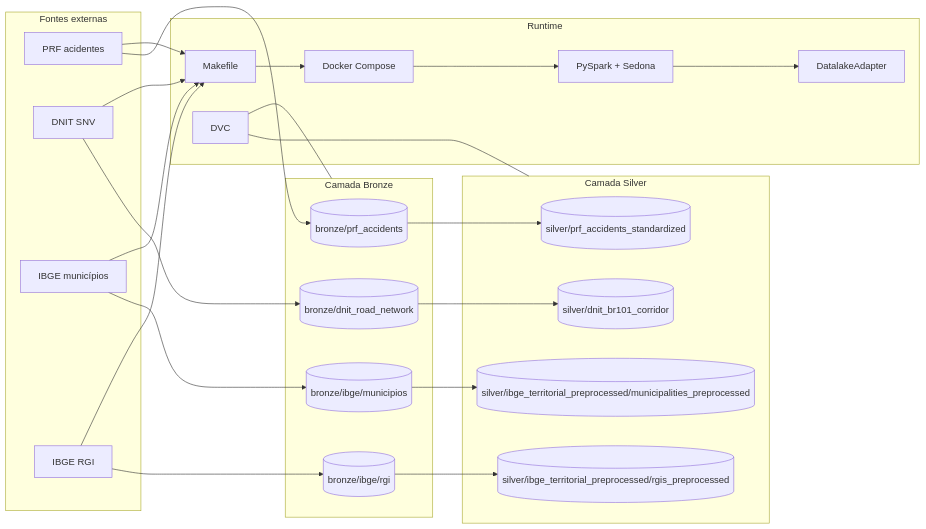
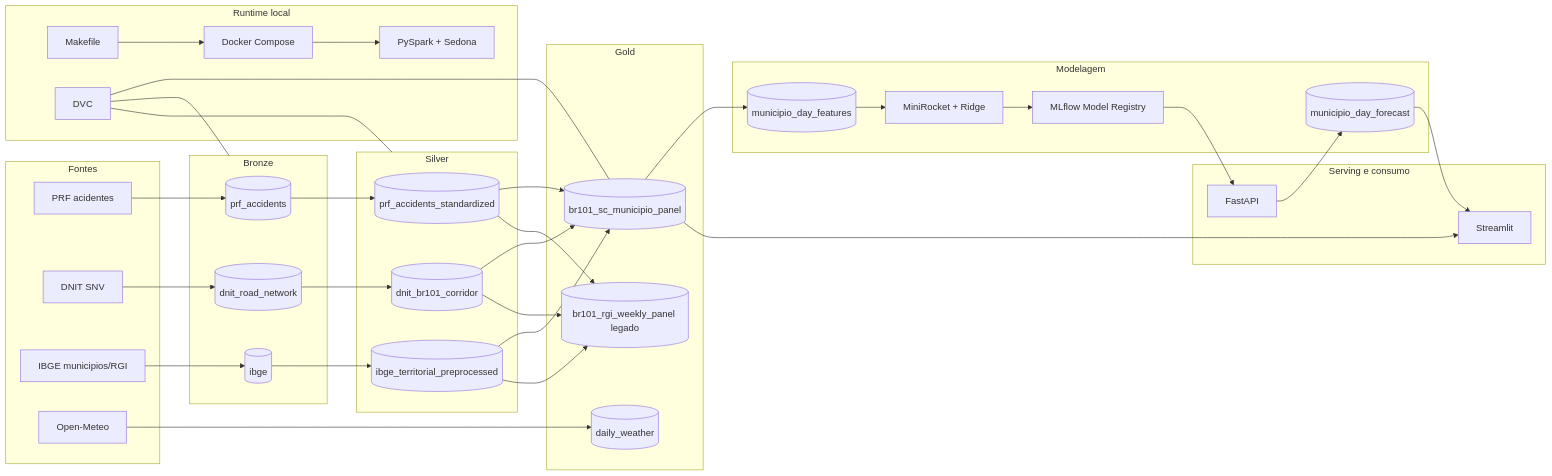
Before and after one commit to alwolmer/radar-prf-101: the diagram in documentation/br101-architecture.md, drawn with Mermaid. The commit also changed other lines of this file and 1 other file, not shown here.

Commit message:
docs: update readme and architecture docs to align with implementation

````diff
--- a/documentation/br101-architecture.md
+++ b/documentation/br101-architecture.md
@@ -9,46 +11,66 @@
 ```mermaid
 flowchart LR
-    subgraph Sources[Fontes externas]
+    subgraph Runtime[Runtime local]
+        MAKE[Makefile]
+        COMPOSE[Docker Compose]
+        SPARK[PySpark + Sedona]
+        DVC[DVC]
+    end
+
+    subgraph Sources[Fontes]
         PRF[PRF acidentes]
         DNIT[DNIT SNV]
-        IBGEM[IBGE municípios]
-        IBGER[IBGE RGI]
+        IBGE[IBGE municipios/RGI]
+        OM[Open-Meteo]
     end
 
-    subgraph Runtime[Runtime]
-        MAKE[Makefile]
-        DOCKER[Docker Compose]
-        SPARK[PySpark + Sedona]
-        DVC[DVC]
-        DL[DatalakeAdapter]
+    subgraph Bronze[Bronze]
+        PRFB[(prf_accidents)]
+        DNITB[(dnit_road_network)]
+        IBGEB[(ibge)]
     end
 
-    subgraph Bronze[Camada Bronze]
-        PRFB[(bronze/prf_accidents)]
-        DNITB[(bronze/dnit_road_network)]
-        MUNB[(bronze/ibge/municipios)]
-        RGIB[(bronze/ibge/rgi)]
+    subgraph Silver[Silver]
+        PRFS[(prf_accidents_standardized)]
+        DNITS[(dnit_br101_corridor)]
+        IBGES[(ibge_territorial_preprocessed)]
     end
 
-    subgraph Silver[Camada Silver]
-        PRFS[(silver/prf_accidents_standardized)]
-        DNITS[(silver/dnit_br101_corridor)]
-        IBGEMS[(silver/ibge_territorial_preprocessed/municipalities_preprocessed)]
-        IBGERS[(silver/ibge_territorial_preprocessed/rgis_preprocessed)]
+    subgraph Gold[Gold]
+        SC[(br101_sc_municipio_panel)]
+        WEATHER[(daily_weather)]
+        RGI[(br101_rgi_weekly_panel legado)]
     end
 
-    PRF --> MAKE
-    DNIT --> MAKE
-    IBGEM --> MAKE
-    IBGER --> MAKE
+    subgraph ML[Modelagem]
+        FEAT[(municipio_day_features)]
+        TRAIN[MiniRocket + Ridge]
+        REG[MLflow Model Registry]
+        FORECAST[(municipio_day_forecast)]
+    end
 
-    MAKE --> DOCKER --> SPARK
-    SPARK --> DL
+    subgraph Serving[Serving e consumo]
+        API[FastAPI]
+        VIZ[Streamlit]
+    end
+
+    MAKE --> COMPOSE
+    COMPOSE --> SPARK
     DVC --- Bronze
     DVC --- Silver
+    DVC --- SC
 
-    PRF --> PRFB --> PRFS
-    DNIT --> DNITB --> DNITS
-    IBGEM --> MUNB --> IBGEMS
-    IBGER --> RGIB --> IBGERS
+    PRF --> PRFB --> PRFS --> SC
+    DNIT --> DNITB --> DNITS --> SC
+    IBGE --> IBGEB --> IBGES --> SC
+    PRFS --> RGI
+    DNITS --> RGI
+    IBGES --> RGI
+    OM --> WEATHER
+
+    SC --> FEAT --> TRAIN --> REG
+    REG --> API
+    API --> FORECAST
+    FORECAST --> VIZ
+    SC --> VIZ
 ```
````
